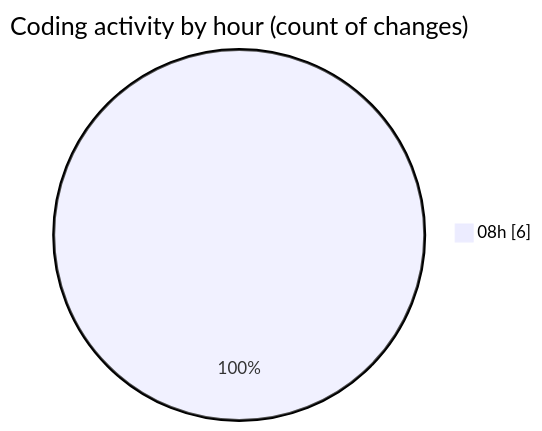
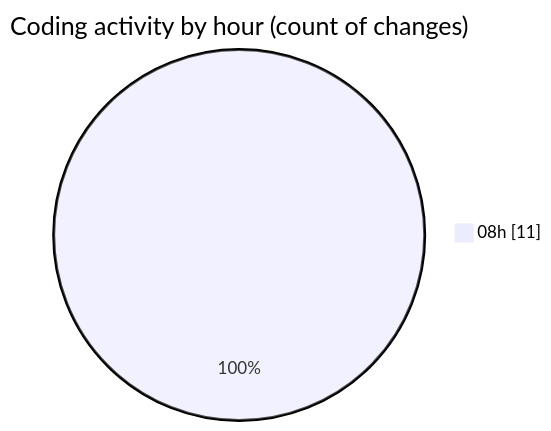
One commit to robertbonfada/code-tracking changed the second of 2 diagrams in 2025-03-10/audiobooks-web/README.md. Above: the diagram before and after it, drawn with Mermaid. The commit also changed other lines of this file and 1 other file, not shown here.

````diff
--- a/2025-03-10/audiobooks-web/README.md
+++ b/2025-03-10/audiobooks-web/README.md
@@ -34,5 +34,5 @@
 ```mermaid
 pie showData
 title Coding activity by hour (count of changes)
-"08h" : 6
+"08h" : 11
 ```
````
